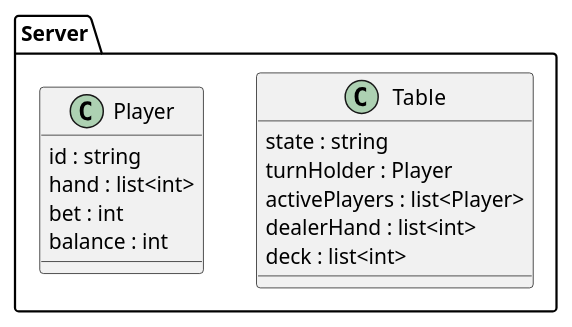
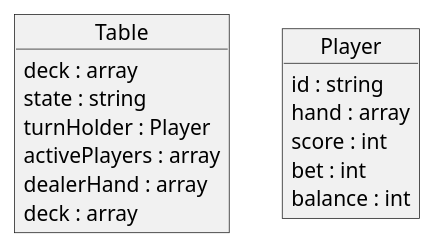
One commit to icefire1/hazardhulen.io changed the diagram in Documentation/ClassDiag.puml. Above: the diagram before and after it, drawn with PlantUML. The commit also changed 4 other files, not shown here.

```diff
--- a/Documentation/ClassDiag.puml
+++ b/Documentation/ClassDiag.puml
@@ -1,16 +1,16 @@
-package Server {
-  class Table {
-    state : string
-    turnHolder : Player
-    activePlayers : list<Player>
-    dealerHand : list<int>
-    deck : list<int>
-  }
+object Table {
+  deck : array
+  state : string
+  turnHolder : Player
+  activePlayers : array
+  dealerHand : array
+  deck : array
+}
 
-  class Player {
-    id : string
-    hand : list<int>
-    bet : int
-    balance : int
-  }
+object Player {
+  id : string
+  hand : array
+  score : int
+  bet : int
+  balance : int
 }
```
